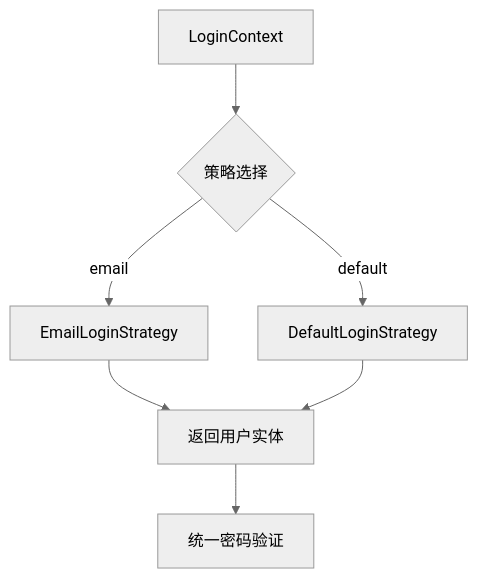
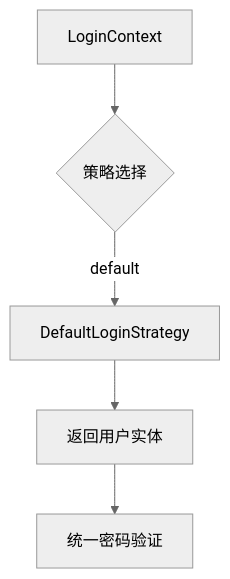
The diagram in t-uni-admin/admin-services/admin-system/src/main/java/t/uni/system/core/login/ReadMe.md (by10457/T-Uni-Java), drawn with Mermaid (neutral theme) before and after one commit. The commit also changed other lines of this file and 53 other files, not shown here.

````diff
--- a/t-uni-admin/admin-services/admin-system/src/main/java/t/uni/system/core/login/ReadMe.md
+++ b/t-uni-admin/admin-services/admin-system/src/main/java/t/uni/system/core/login/ReadMe.md
@@ -71,9 +68,7 @@
 ```mermaid
 graph TD
     A[LoginContext] --> B{策略选择}
-    B -->|email| C[EmailLoginStrategy]
-    B -->|default| D[DefaultLoginStrategy]
-    C --> E[返回用户实体]
-    D --> E
-    E --> F[统一密码验证]
+    B -->|default| C[DefaultLoginStrategy]
+    C --> D[返回用户实体]
+    D --> E[统一密码验证]
 ```
````
